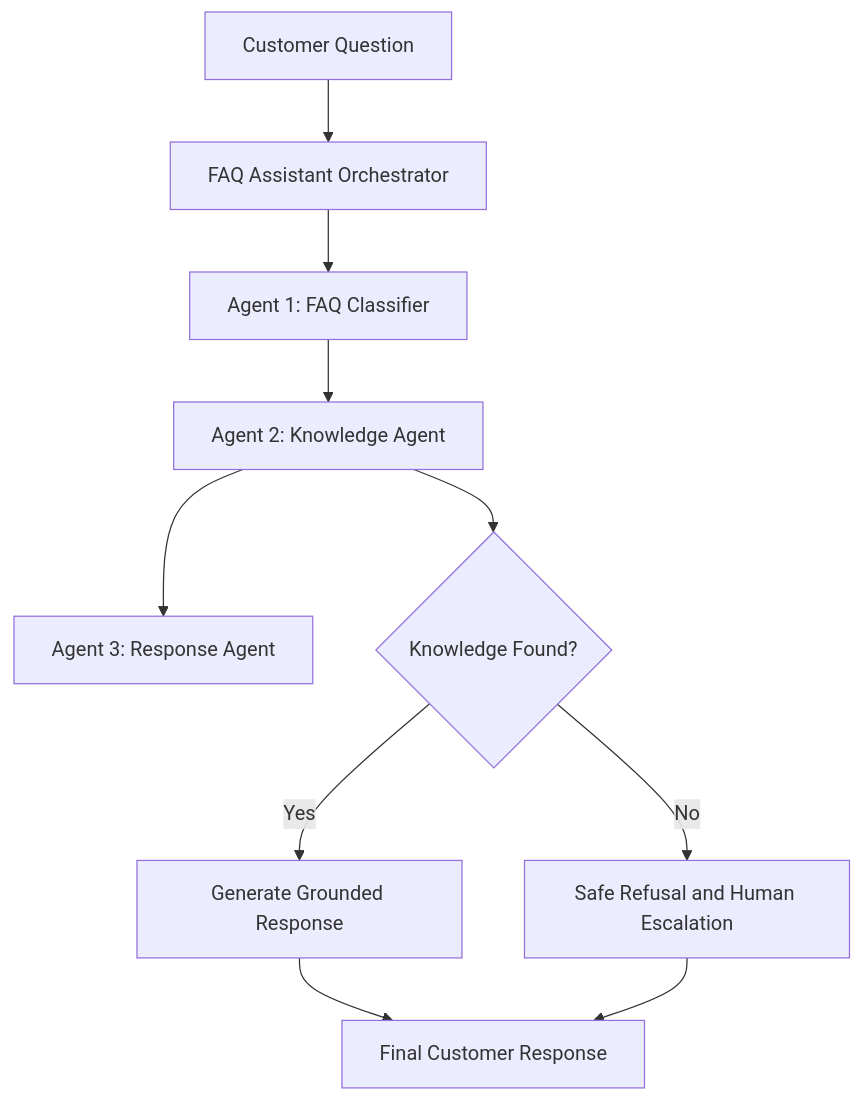
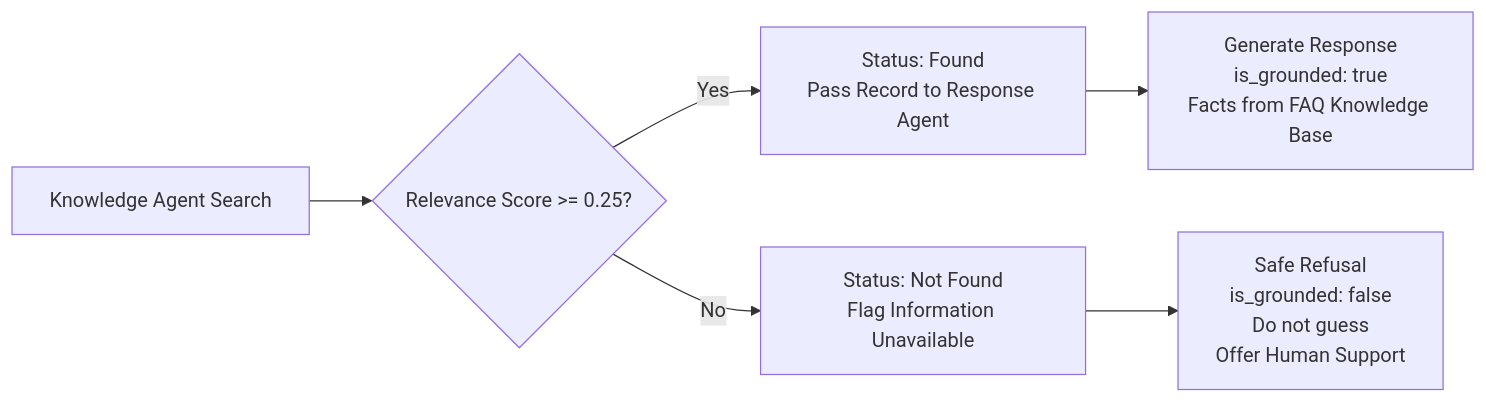
One commit to haniaeman2026-pixel/ShopSmart-AI changed the second of 2 diagrams in README.md. Above: the diagram before and after it, drawn with Mermaid. The commit also changed other lines of this file, not shown here.

````diff
--- a/README.md
+++ b/README.md
@@ -42,16 +133,9 @@
 ```mermaid
-flowchart TD
-    A[Customer Question] --> B[FAQ Assistant Orchestrator]
+flowchart LR
+    K[Knowledge Agent Search] --> Check{Relevance Score >= 0.25?}
+    Check -->|Yes| Matched[Status: Found<br/>Pass Record to Response Agent]
+    Check -->|No| Miss[Status: Not Found<br/>Flag Information Unavailable]
 
-    B --> C[Agent 1: FAQ Classifier]
-    C --> D[Agent 2: Knowledge Agent]
-    D --> E[Agent 3: Response Agent]
-
-    D --> F{Knowledge Found?}
-
-    F -->|Yes| G[Generate Grounded Response]
-    F -->|No| H[Safe Refusal and Human Escalation]
-
-    G --> I[Final Customer Response]
-    H --> I
+    Matched --> Grounded[Generate Response<br/>is_grounded: true<br/>Facts from FAQ Knowledge Base]
+    Miss --> Refusal[Safe Refusal<br/>is_grounded: false<br/>Do not guess<br/>Offer Human Support]
 ```
````
